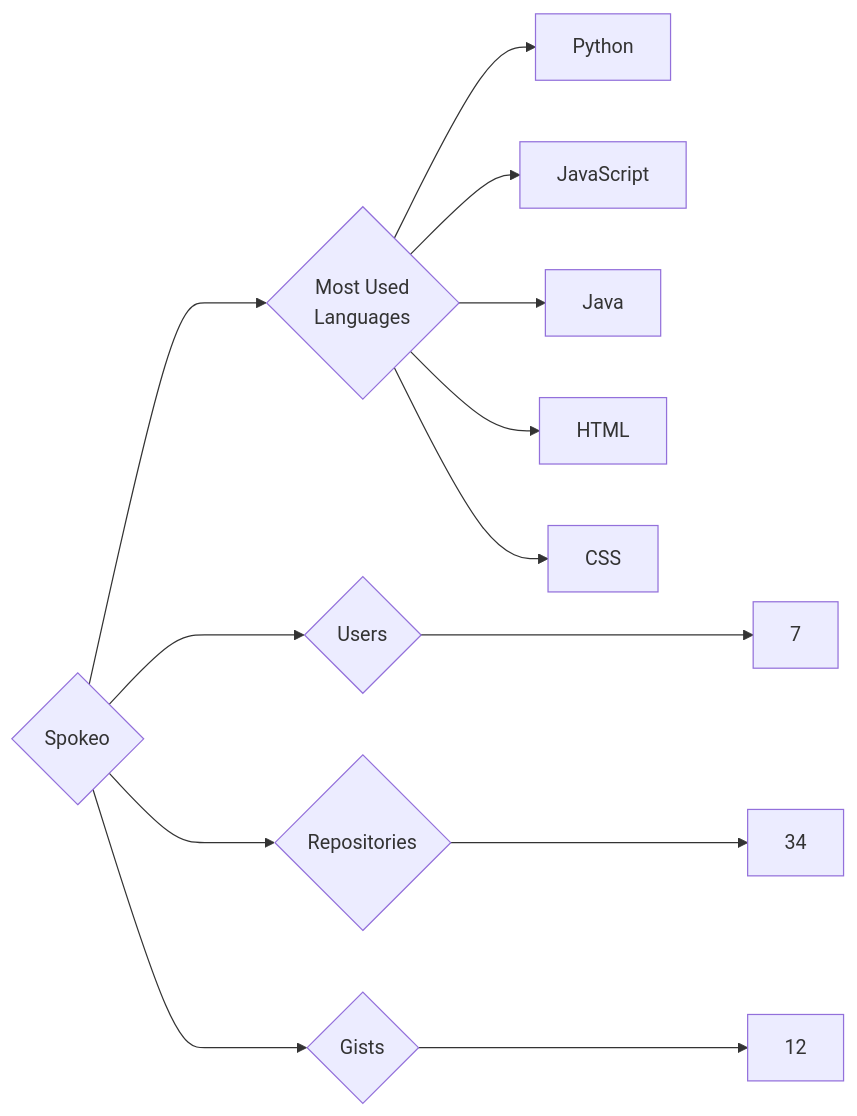
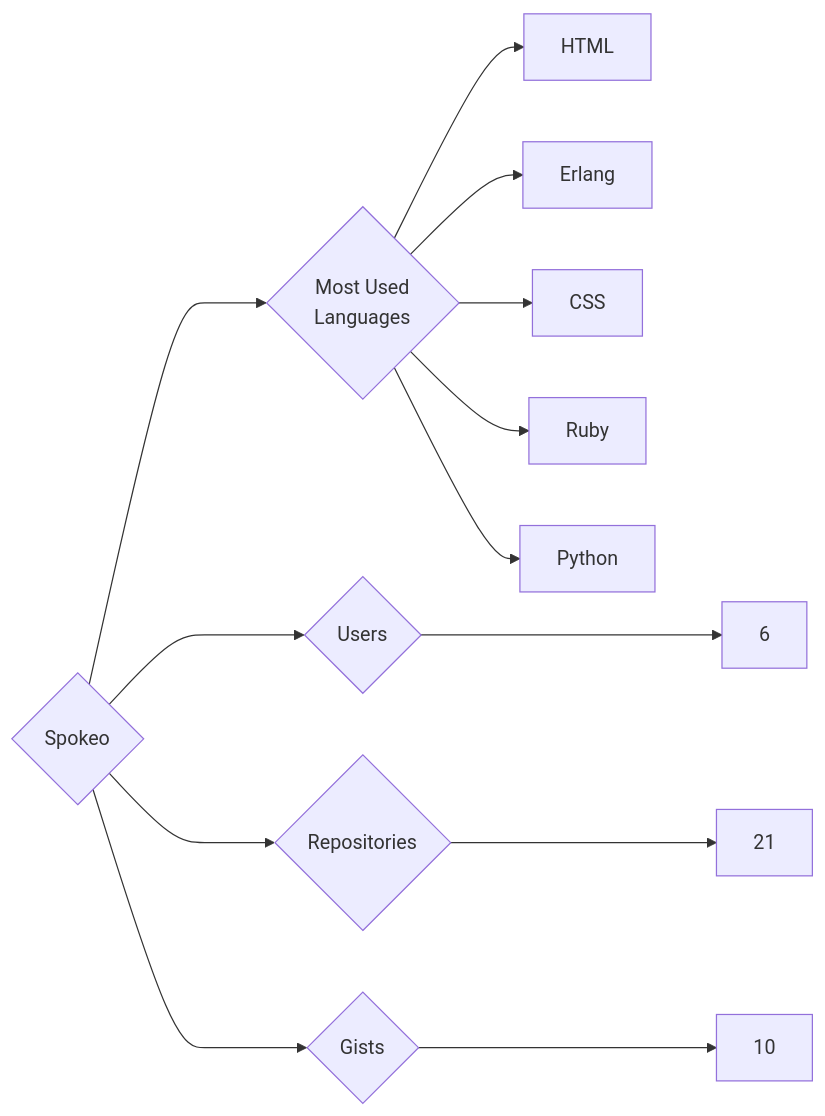
The diagram in targets/Spokeo/README.md (trickest/insiders), drawn with Mermaid before and after one commit. The commit also changed 1496 other files, not shown here.

````diff
--- a/targets/Spokeo/README.md
+++ b/targets/Spokeo/README.md
@@ -3,13 +3,13 @@
 ```mermaid
 graph LR
 COMPANY_NAME{Spokeo}
-COMPANY_NAME ---> U{Users} ---> UN[7]
-COMPANY_NAME ---> R{Repositories} ---> RN[34]
-COMPANY_NAME ---> G{Gists} ---> GN[12]
+COMPANY_NAME ---> U{Users} ---> UN[6]
+COMPANY_NAME ---> R{Repositories} ---> RN[21]
+COMPANY_NAME ---> G{Gists} ---> GN[10]
 COMPANY_NAME ---> ML{Most Used<br>Languages}
+ML --> HTML[HTML]
+ML --> Erlang[Erlang]
+ML --> CSS[CSS]
+ML --> Ruby[Ruby]
 ML --> Python[Python]
-ML --> JavaScript[JavaScript]
-ML --> Java[Java]
-ML --> HTML[HTML]
-ML --> CSS[CSS]
 ```
````
